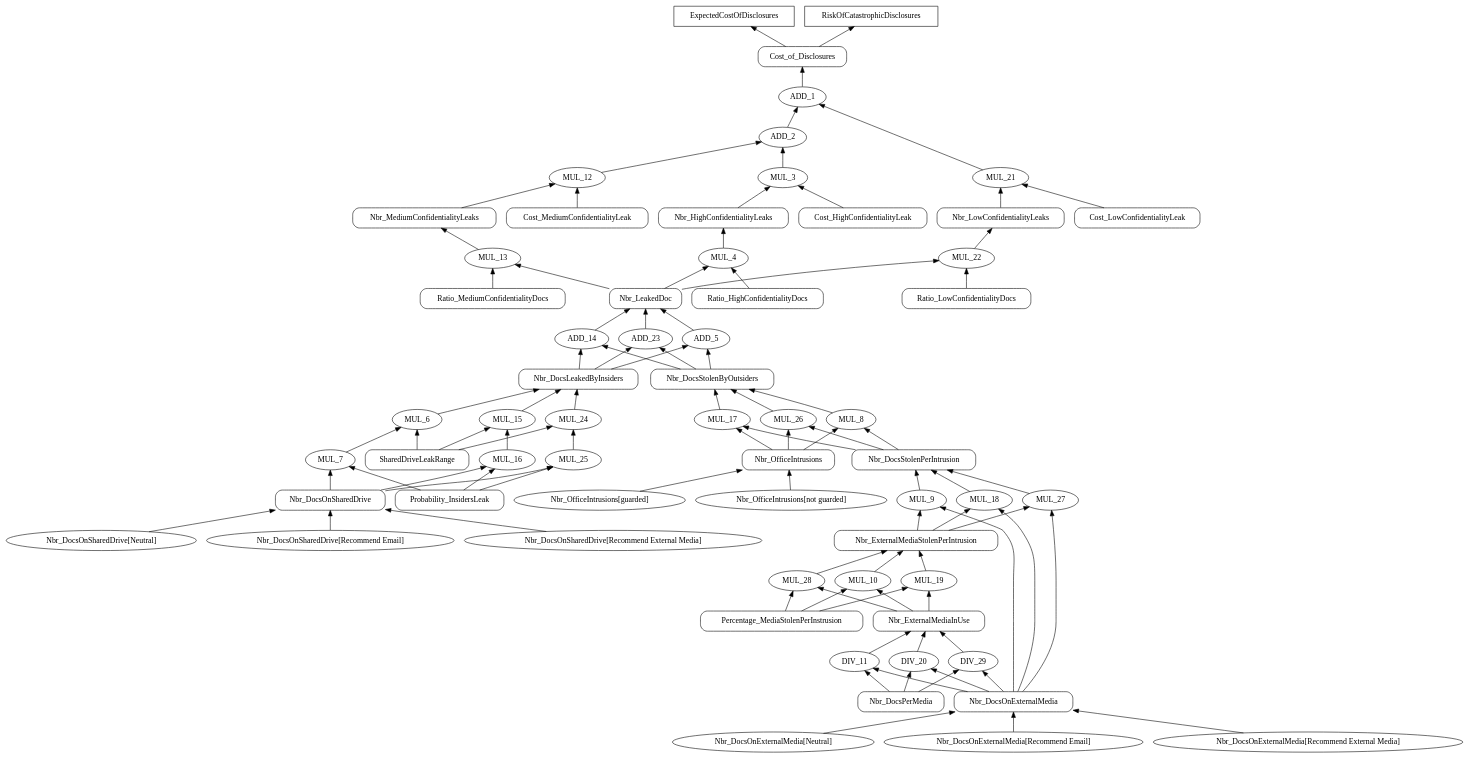
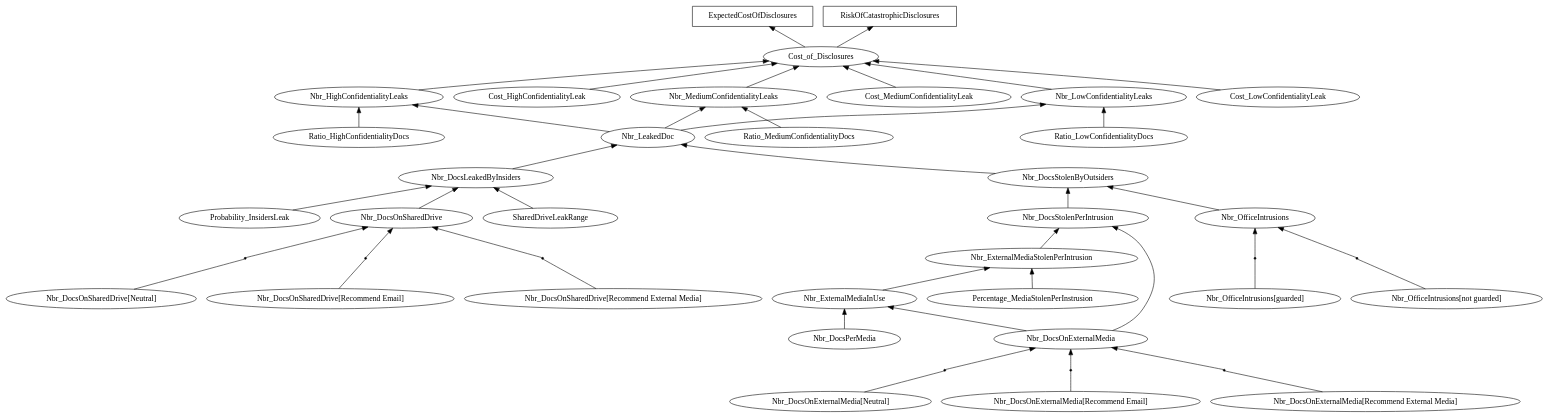
The diagram in uk.ac.ucl.cs.results/BSPDM/graph/vgraph.dot (sbusari/RADAR2), drawn with Graphviz before and after one commit. The commit also changed 38 other files, not shown here.

Commit message:
Implementation of AND/OR graph using the visitor design pattern

```diff
--- a/uk.ac.ucl.cs.results/BSPDM/graph/vgraph.dot
+++ b/uk.ac.ucl.cs.results/BSPDM/graph/vgraph.dot
@@ -1,127 +1,79 @@
 digraph G { 
-rankdir = BT; 
-edge[dir=forward]; 
-ExpectedCostOfDisclosures[shape=box]
-Cost_of_Disclosures[shape=box, style=rounded]
-Nbr_HighConfidentialityLeaks[shape=box, style=rounded]
-Nbr_LeakedDoc[shape=box, style=rounded]
-Nbr_DocsLeakedByInsiders[shape=box, style=rounded]
-Probability_InsidersLeak[shape=box, style=rounded]
-Nbr_DocsOnSharedDrive[shape=box, style=rounded]
-"Nbr_DocsOnSharedDrive[Neutral]"[shape=ellipse]
-"Nbr_DocsOnSharedDrive[Recommend Email]"[shape=ellipse]
-"Nbr_DocsOnSharedDrive[Recommend External Media]"[shape=ellipse]
-SharedDriveLeakRange[shape=box, style=rounded]
-Nbr_DocsStolenByOutsiders[shape=box, style=rounded]
-Nbr_OfficeIntrusions[shape=box, style=rounded]
-"Nbr_OfficeIntrusions[not guarded]"[shape=ellipse]
-"Nbr_OfficeIntrusions[guarded]"[shape=ellipse]
-Nbr_DocsStolenPerIntrusion[shape=box, style=rounded]
-Nbr_ExternalMediaStolenPerIntrusion[shape=box, style=rounded]
-Nbr_ExternalMediaInUse[shape=box, style=rounded]
-Nbr_DocsOnExternalMedia[shape=box, style=rounded]
-"Nbr_DocsOnExternalMedia[Neutral]"[shape=ellipse]
-"Nbr_DocsOnExternalMedia[Recommend Email]"[shape=ellipse]
-"Nbr_DocsOnExternalMedia[Recommend External Media]"[shape=ellipse]
-Nbr_DocsPerMedia[shape=box, style=rounded]
-Percentage_MediaStolenPerInstrusion[shape=box, style=rounded]
-Ratio_HighConfidentialityDocs[shape=box, style=rounded]
-Cost_HighConfidentialityLeak[shape=box, style=rounded]
-Nbr_MediumConfidentialityLeaks[shape=box, style=rounded]
-Ratio_MediumConfidentialityDocs[shape=box, style=rounded]
-Cost_MediumConfidentialityLeak[shape=box, style=rounded]
-Nbr_LowConfidentialityLeaks[shape=box, style=rounded]
-Ratio_LowConfidentialityDocs[shape=box, style=rounded]
-Cost_LowConfidentialityLeak[shape=box, style=rounded]
-RiskOfCatastrophicDisclosures[shape=box]
-"Nbr_DocsOnSharedDrive[Neutral]"->Nbr_DocsOnSharedDrive
-"Nbr_DocsOnSharedDrive[Recommend Email]"->Nbr_DocsOnSharedDrive
-"Nbr_DocsOnSharedDrive[Recommend External Media]"->Nbr_DocsOnSharedDrive
-Probability_InsidersLeak->"MUL_7"
-Nbr_DocsOnSharedDrive->"MUL_7"
-"MUL_7"->"MUL_6"
-SharedDriveLeakRange->"MUL_6"
-"MUL_6"->Nbr_DocsLeakedByInsiders
-"Nbr_OfficeIntrusions[not guarded]"->Nbr_OfficeIntrusions
-"Nbr_OfficeIntrusions[guarded]"->Nbr_OfficeIntrusions
-"Nbr_DocsOnExternalMedia[Neutral]"->Nbr_DocsOnExternalMedia
-"Nbr_DocsOnExternalMedia[Recommend Email]"->Nbr_DocsOnExternalMedia
-"Nbr_DocsOnExternalMedia[Recommend External Media]"->Nbr_DocsOnExternalMedia
-Nbr_DocsOnExternalMedia->"DIV_11"
-Nbr_DocsPerMedia->"DIV_11"
-"DIV_11"->Nbr_ExternalMediaInUse
-Nbr_ExternalMediaInUse->"MUL_10"
-Percentage_MediaStolenPerInstrusion->"MUL_10"
-"MUL_10"->Nbr_ExternalMediaStolenPerIntrusion
-Nbr_ExternalMediaStolenPerIntrusion->"MUL_9"
-Nbr_DocsOnExternalMedia->"MUL_9"
-"MUL_9"->Nbr_DocsStolenPerIntrusion
-Nbr_OfficeIntrusions->"MUL_8"
-Nbr_DocsStolenPerIntrusion->"MUL_8"
-"MUL_8"->Nbr_DocsStolenByOutsiders
-Nbr_DocsLeakedByInsiders->"ADD_5"
-Nbr_DocsStolenByOutsiders->"ADD_5"
-"ADD_5"->Nbr_LeakedDoc
-Nbr_LeakedDoc->"MUL_4"
-Ratio_HighConfidentialityDocs->"MUL_4"
-"MUL_4"->Nbr_HighConfidentialityLeaks
-Nbr_HighConfidentialityLeaks->"MUL_3"
-Cost_HighConfidentialityLeak->"MUL_3"
-Probability_InsidersLeak->"MUL_16"
-Nbr_DocsOnSharedDrive->"MUL_16"
-"MUL_16"->"MUL_15"
-SharedDriveLeakRange->"MUL_15"
-"MUL_15"->Nbr_DocsLeakedByInsiders
-Nbr_DocsOnExternalMedia->"DIV_20"
-Nbr_DocsPerMedia->"DIV_20"
-"DIV_20"->Nbr_ExternalMediaInUse
-Nbr_ExternalMediaInUse->"MUL_19"
-Percentage_MediaStolenPerInstrusion->"MUL_19"
-"MUL_19"->Nbr_ExternalMediaStolenPerIntrusion
-Nbr_ExternalMediaStolenPerIntrusion->"MUL_18"
-Nbr_DocsOnExternalMedia->"MUL_18"
-"MUL_18"->Nbr_DocsStolenPerIntrusion
-Nbr_OfficeIntrusions->"MUL_17"
-Nbr_DocsStolenPerIntrusion->"MUL_17"
-"MUL_17"->Nbr_DocsStolenByOutsiders
-Nbr_DocsLeakedByInsiders->"ADD_14"
-Nbr_DocsStolenByOutsiders->"ADD_14"
-"ADD_14"->Nbr_LeakedDoc
-Nbr_LeakedDoc->"MUL_13"
-Ratio_MediumConfidentialityDocs->"MUL_13"
-"MUL_13"->Nbr_MediumConfidentialityLeaks
-Nbr_MediumConfidentialityLeaks->"MUL_12"
-Cost_MediumConfidentialityLeak->"MUL_12"
-"MUL_3"->"ADD_2"
-"MUL_12"->"ADD_2"
-Probability_InsidersLeak->"MUL_25"
-Nbr_DocsOnSharedDrive->"MUL_25"
-"MUL_25"->"MUL_24"
-SharedDriveLeakRange->"MUL_24"
-"MUL_24"->Nbr_DocsLeakedByInsiders
-Nbr_DocsOnExternalMedia->"DIV_29"
-Nbr_DocsPerMedia->"DIV_29"
-"DIV_29"->Nbr_ExternalMediaInUse
-Nbr_ExternalMediaInUse->"MUL_28"
-Percentage_MediaStolenPerInstrusion->"MUL_28"
-"MUL_28"->Nbr_ExternalMediaStolenPerIntrusion
-Nbr_ExternalMediaStolenPerIntrusion->"MUL_27"
-Nbr_DocsOnExternalMedia->"MUL_27"
-"MUL_27"->Nbr_DocsStolenPerIntrusion
-Nbr_OfficeIntrusions->"MUL_26"
-Nbr_DocsStolenPerIntrusion->"MUL_26"
-"MUL_26"->Nbr_DocsStolenByOutsiders
-Nbr_DocsLeakedByInsiders->"ADD_23"
-Nbr_DocsStolenByOutsiders->"ADD_23"
-"ADD_23"->Nbr_LeakedDoc
-Nbr_LeakedDoc->"MUL_22"
-Ratio_LowConfidentialityDocs->"MUL_22"
-"MUL_22"->Nbr_LowConfidentialityLeaks
-Nbr_LowConfidentialityLeaks->"MUL_21"
-Cost_LowConfidentialityLeak->"MUL_21"
-"ADD_2"->"ADD_1"
-"MUL_21"->"ADD_1"
-"ADD_1"->Cost_of_Disclosures
-Cost_of_Disclosures->ExpectedCostOfDisclosures
-Cost_of_Disclosures->RiskOfCatastrophicDisclosures
+rankdir = BT 
+"Probability_InsidersLeak" [shape = oval] 
+"Probability_InsidersLeak"->Nbr_DocsLeakedByInsiders 
+AndRef0[shape = point] 
+AndRef0->"Nbr_DocsOnSharedDrive"
+"Nbr_DocsOnSharedDrive[Neutral]"->AndRef0 [dir = none] 
+AndRef1[shape = point] 
+AndRef1->"Nbr_DocsOnSharedDrive"
+"Nbr_DocsOnSharedDrive[Recommend Email]"->AndRef1 [dir = none] 
+AndRef2[shape = point] 
+AndRef2->"Nbr_DocsOnSharedDrive"
+"Nbr_DocsOnSharedDrive[Recommend External Media]"->AndRef2 [dir = none] 
+"Nbr_DocsOnSharedDrive" [shape = oval] 
+"Nbr_DocsOnSharedDrive"->Nbr_DocsLeakedByInsiders 
+"SharedDriveLeakRange" [shape = oval] 
+"SharedDriveLeakRange"->Nbr_DocsLeakedByInsiders 
+"Nbr_DocsLeakedByInsiders" [shape = oval] 
+"Nbr_DocsLeakedByInsiders"->Nbr_LeakedDoc 
+AndRef3[shape = point] 
+AndRef3->"Nbr_OfficeIntrusions"
+"Nbr_OfficeIntrusions[not guarded]"->AndRef3 [dir = none] 
+AndRef4[shape = point] 
+AndRef4->"Nbr_OfficeIntrusions"
+"Nbr_OfficeIntrusions[guarded]"->AndRef4 [dir = none] 
+"Nbr_OfficeIntrusions" [shape = oval] 
+"Nbr_OfficeIntrusions"->Nbr_DocsStolenByOutsiders 
+AndRef5[shape = point] 
+AndRef5->"Nbr_DocsOnExternalMedia"
+"Nbr_DocsOnExternalMedia[Neutral]"->AndRef5 [dir = none] 
+AndRef6[shape = point] 
+AndRef6->"Nbr_DocsOnExternalMedia"
+"Nbr_DocsOnExternalMedia[Recommend Email]"->AndRef6 [dir = none] 
+AndRef7[shape = point] 
+AndRef7->"Nbr_DocsOnExternalMedia"
+"Nbr_DocsOnExternalMedia[Recommend External Media]"->AndRef7 [dir = none] 
+"Nbr_DocsOnExternalMedia" [shape = oval] 
+"Nbr_DocsOnExternalMedia"->Nbr_ExternalMediaInUse 
+"Nbr_DocsPerMedia" [shape = oval] 
+"Nbr_DocsPerMedia"->Nbr_ExternalMediaInUse 
+"Nbr_ExternalMediaInUse" [shape = oval] 
+"Nbr_ExternalMediaInUse"->Nbr_ExternalMediaStolenPerIntrusion 
+"Percentage_MediaStolenPerInstrusion" [shape = oval] 
+"Percentage_MediaStolenPerInstrusion"->Nbr_ExternalMediaStolenPerIntrusion 
+"Nbr_ExternalMediaStolenPerIntrusion" [shape = oval] 
+"Nbr_ExternalMediaStolenPerIntrusion"->Nbr_DocsStolenPerIntrusion 
+"Nbr_DocsOnExternalMedia"->Nbr_DocsStolenPerIntrusion 
+"Nbr_DocsStolenPerIntrusion" [shape = oval] 
+"Nbr_DocsStolenPerIntrusion"->Nbr_DocsStolenByOutsiders 
+"Nbr_DocsStolenByOutsiders" [shape = oval] 
+"Nbr_DocsStolenByOutsiders"->Nbr_LeakedDoc 
+"Nbr_LeakedDoc" [shape = oval] 
+"Nbr_LeakedDoc"->Nbr_HighConfidentialityLeaks 
+"Ratio_HighConfidentialityDocs" [shape = oval] 
+"Ratio_HighConfidentialityDocs"->Nbr_HighConfidentialityLeaks 
+"Nbr_HighConfidentialityLeaks" [shape = oval] 
+"Nbr_HighConfidentialityLeaks"->Cost_of_Disclosures 
+"Cost_HighConfidentialityLeak" [shape = oval] 
+"Cost_HighConfidentialityLeak"->Cost_of_Disclosures 
+"Nbr_LeakedDoc"->Nbr_MediumConfidentialityLeaks 
+"Ratio_MediumConfidentialityDocs" [shape = oval] 
+"Ratio_MediumConfidentialityDocs"->Nbr_MediumConfidentialityLeaks 
+"Nbr_MediumConfidentialityLeaks" [shape = oval] 
+"Nbr_MediumConfidentialityLeaks"->Cost_of_Disclosures 
+"Cost_MediumConfidentialityLeak" [shape = oval] 
+"Cost_MediumConfidentialityLeak"->Cost_of_Disclosures 
+"Nbr_LeakedDoc"->Nbr_LowConfidentialityLeaks 
+"Ratio_LowConfidentialityDocs" [shape = oval] 
+"Ratio_LowConfidentialityDocs"->Nbr_LowConfidentialityLeaks 
+"Nbr_LowConfidentialityLeaks" [shape = oval] 
+"Nbr_LowConfidentialityLeaks"->Cost_of_Disclosures 
+"Cost_LowConfidentialityLeak" [shape = oval] 
+"Cost_LowConfidentialityLeak"->Cost_of_Disclosures 
+"Cost_of_Disclosures" [shape = oval] 
+ExpectedCostOfDisclosures [shape = box] 
+Cost_of_Disclosures->"ExpectedCostOfDisclosures"
+RiskOfCatastrophicDisclosures [shape = box] 
+Cost_of_Disclosures->"RiskOfCatastrophicDisclosures"
 }
```
